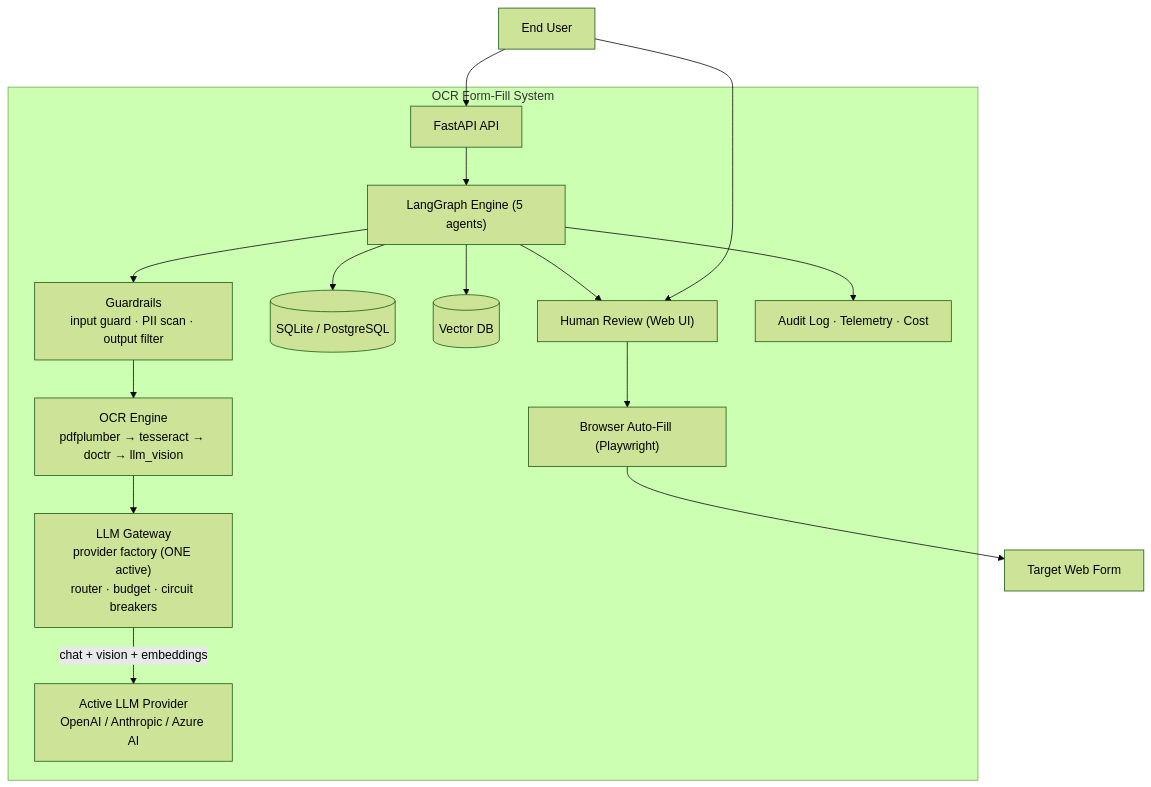
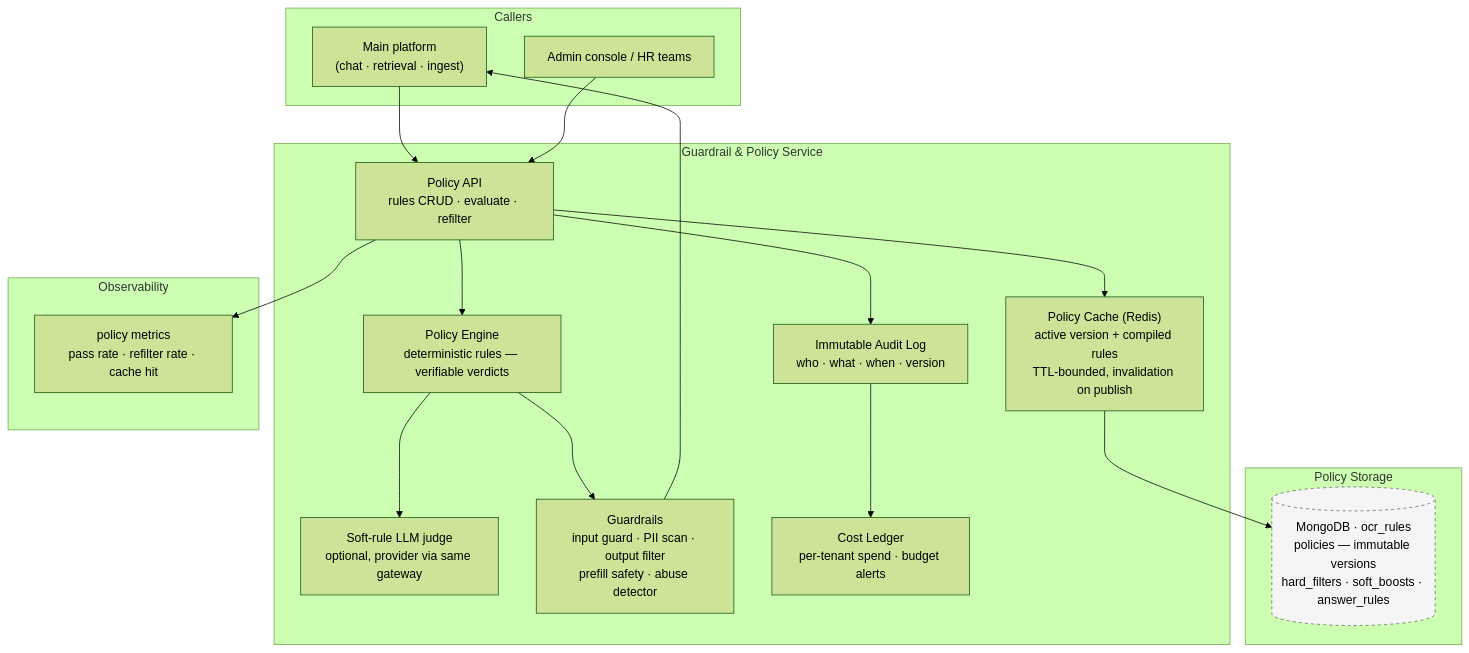
The second of 2 diagrams in README.md (duongphamtb5282/ocr-rag-pipeline), drawn with Mermaid (forest theme) before and after one commit. The commit also changed other lines of this file, not shown here.

````diff
--- a/README.md
+++ b/README.md
@@ -26,18 +176,39 @@
 ```mermaid
-graph TD
-    User["End User"] --> API["FastAPI API"]
-    subgraph OCR["OCR Form-Fill System"]
-        API --> GRAPH["LangGraph Engine (5 agents)"]
-        GRAPH --> GUARD["Guardrails<br/>input guard · PII scan · output filter"]
-        GUARD --> OCRENG["OCR Engine<br/>pdfplumber → tesseract → doctr → llm_vision"]
-        OCRENG --> GW["LLM Gateway<br/>provider factory (ONE active)<br/>router · budget · circuit breakers"]
-        GW -->|chat + vision + embeddings| LLM["Active LLM Provider<br/>OpenAI / Anthropic / Azure AI"]
-        GRAPH --> DB[("SQLite / PostgreSQL")]
-        GRAPH --> VDB[("Vector DB")]
-        GRAPH --> REVIEW["Human Review (Web UI)"]
-        REVIEW --> FILL["Browser Auto-Fill (Playwright)"]
-        GRAPH --> AUDIT["Audit Log · Telemetry · Cost"]
+flowchart TB
+    subgraph Edge["Callers"]
+        PLATFORM["Main platform<br/>(chat · retrieval · ingest)"]
+        ADMIN["Admin console / HR teams"]
     end
-    User --> REVIEW
-    FILL --> FORM["Target Web Form"]
+
+    subgraph Service["Guardrail & Policy Service"]
+        GPI["Policy API<br/>rules CRUD · evaluate · refilter"]
+        GCACHE["Policy Cache (Redis)<br/>active version + compiled rules<br/>TTL-bounded, invalidation on publish"]
+        ENG["Policy Engine<br/>deterministic rules — verifiable verdicts"]
+        SOFT["Soft-rule LLM judge<br/>optional, provider via same gateway"]
+        GUARDS["Guardrails<br/>input guard · PII scan · output filter<br/>prefill safety · abuse detector"]
+        AUDIT["Immutable Audit Log<br/>who · what · when · version"]
+        COST["Cost Ledger<br/>per-tenant spend · budget alerts"]
+    end
+
+    subgraph Storage["Policy Storage"]
+        RULES[("MongoDB · ocr_rules<br/>policies — immutable versions<br/>hard_filters · soft_boosts · answer_rules")]
+    end
+
+    subgraph Obs["Observability"]
+        METR["policy metrics<br/>pass rate · refilter rate · cache hit"]
+    end
+
+    PLATFORM --> GPI
+    ADMIN --> GPI
+    GPI --> GCACHE
+    GCACHE --> RULES
+    GPI --> ENG
+    ENG --> SOFT
+    ENG --> GUARDS
+    GPI --> AUDIT --> COST
+    GPI --> METR
+    GUARDS --> PLATFORM
+
+    classDef data fill:#f5f5f5,stroke:#666,stroke-dasharray:4
+    class RULES data
 ```
````
